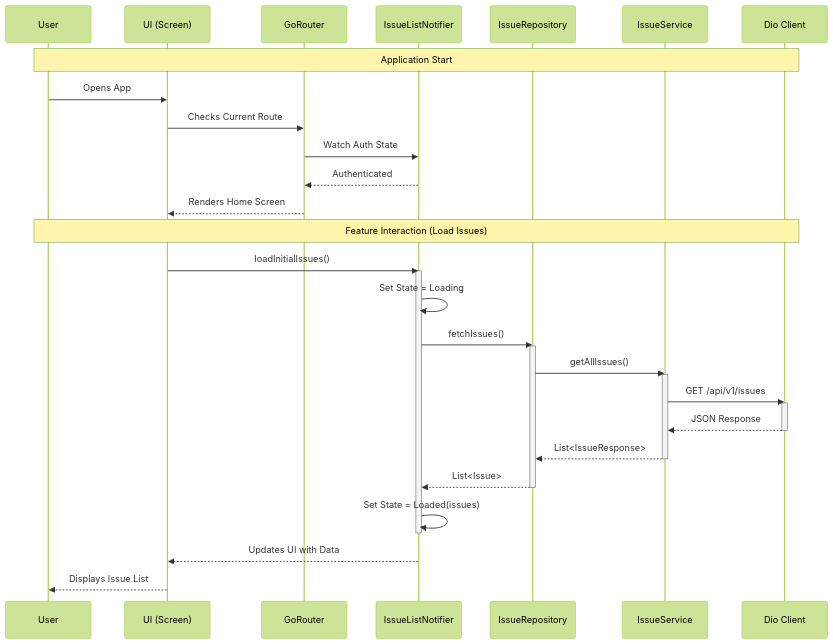
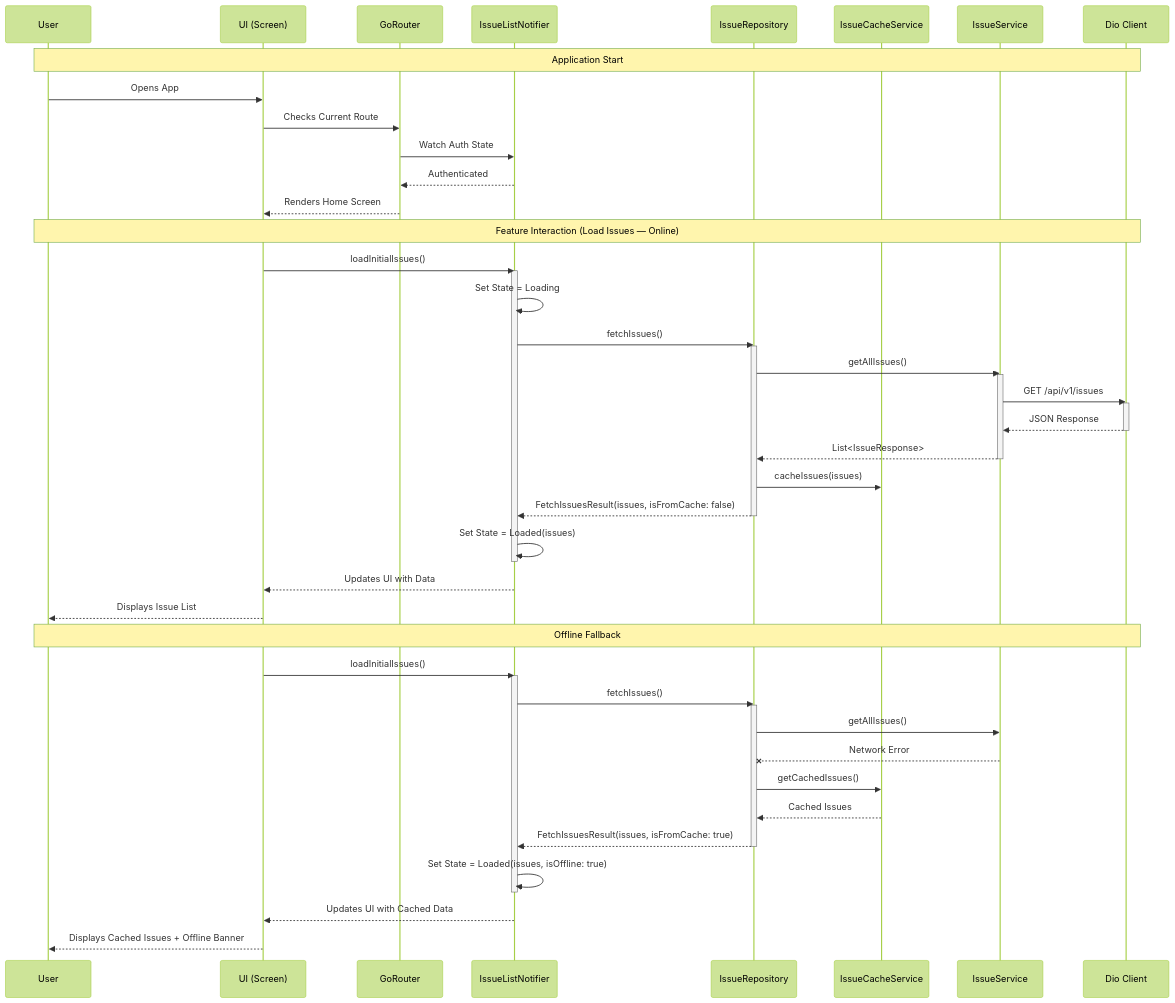
One commit to DivSaumil/mudda_frontend changed the second of 2 diagrams in README.md. Above: the diagram before and after it, drawn with Mermaid (forest theme). The commit also changed other lines of this file and 12 other files, not shown here.

````diff
--- a/README.md
+++ b/README.md
@@ -59,38 +60,56 @@
 ```mermaid
 sequenceDiagram
     participant User
     participant UI as UI (Screen)
     participant Router as GoRouter
     participant Notifier as IssueListNotifier
     participant Repo as IssueRepository
+    participant Cache as IssueCacheService
     participant Service as IssueService
     participant Network as Dio Client
 
     Note over User, Network: Application Start
     User->>UI: Opens App
     UI->>Router: Checks Current Route
     Router->>Notifier: Watch Auth State
     Notifier-->>Router: Authenticated
     Router-->>UI: Renders Home Screen
 
-    Note over User, Network: Feature Interaction (Load Issues)
+    Note over User, Network: Feature Interaction (Load Issues — Online)
     UI->>Notifier: loadInitialIssues()
     activate Notifier
     Notifier->>Notifier: Set State = Loading
     Notifier->>Repo: fetchIssues()
     activate Repo
     Repo->>Service: getAllIssues()
     activate Service
     Service->>Network: GET /api/v1/issues
     activate Network
     Network-->>Service: JSON Response
     deactivate Network
     Service-->>Repo: List<IssueResponse>
     deactivate Service
-    Repo-->>Notifier: List<Issue>
+    Repo->>Cache: cacheIssues(issues)
+    Repo-->>Notifier: FetchIssuesResult(issues, isFromCache: false)
     deactivate Repo
     Notifier->>Notifier: Set State = Loaded(issues)
     deactivate Notifier
     Notifier-->>UI: Updates UI with Data
     UI-->>User: Displays Issue List
+
+    Note over User, Network: Offline Fallback
+    UI->>Notifier: loadInitialIssues()
+    activate Notifier
+    Notifier->>Repo: fetchIssues()
+    activate Repo
+    Repo->>Service: getAllIssues()
+    Service--xRepo: Network Error
+    Repo->>Cache: getCachedIssues()
+    Cache-->>Repo: Cached Issues
+    Repo-->>Notifier: FetchIssuesResult(issues, isFromCache: true)
+    deactivate Repo
+    Notifier->>Notifier: Set State = Loaded(issues, isOffline: true)
+    deactivate Notifier
+    Notifier-->>UI: Updates UI with Cached Data
+    UI-->>User: Displays Cached Issues + Offline Banner
 ```
````
